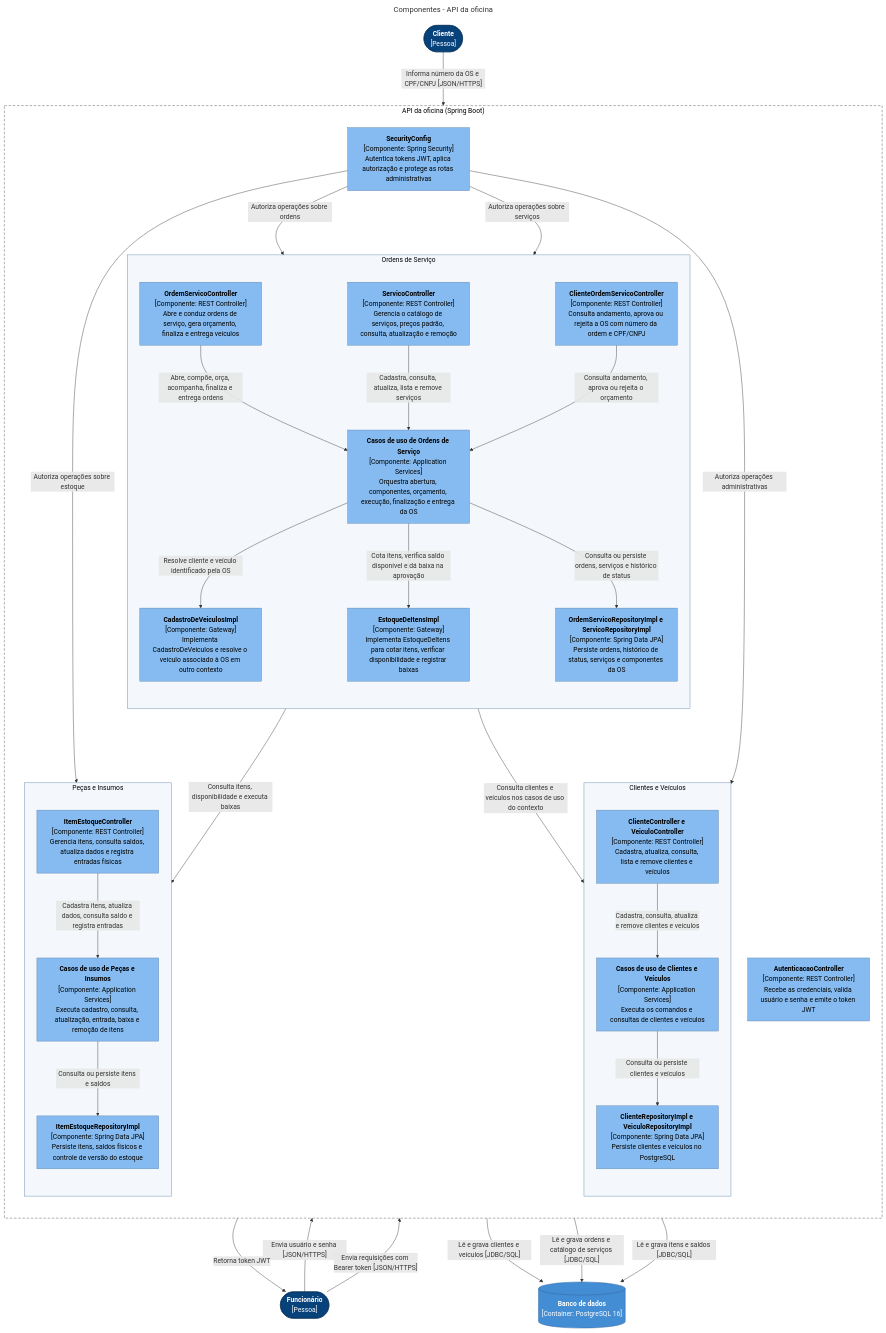
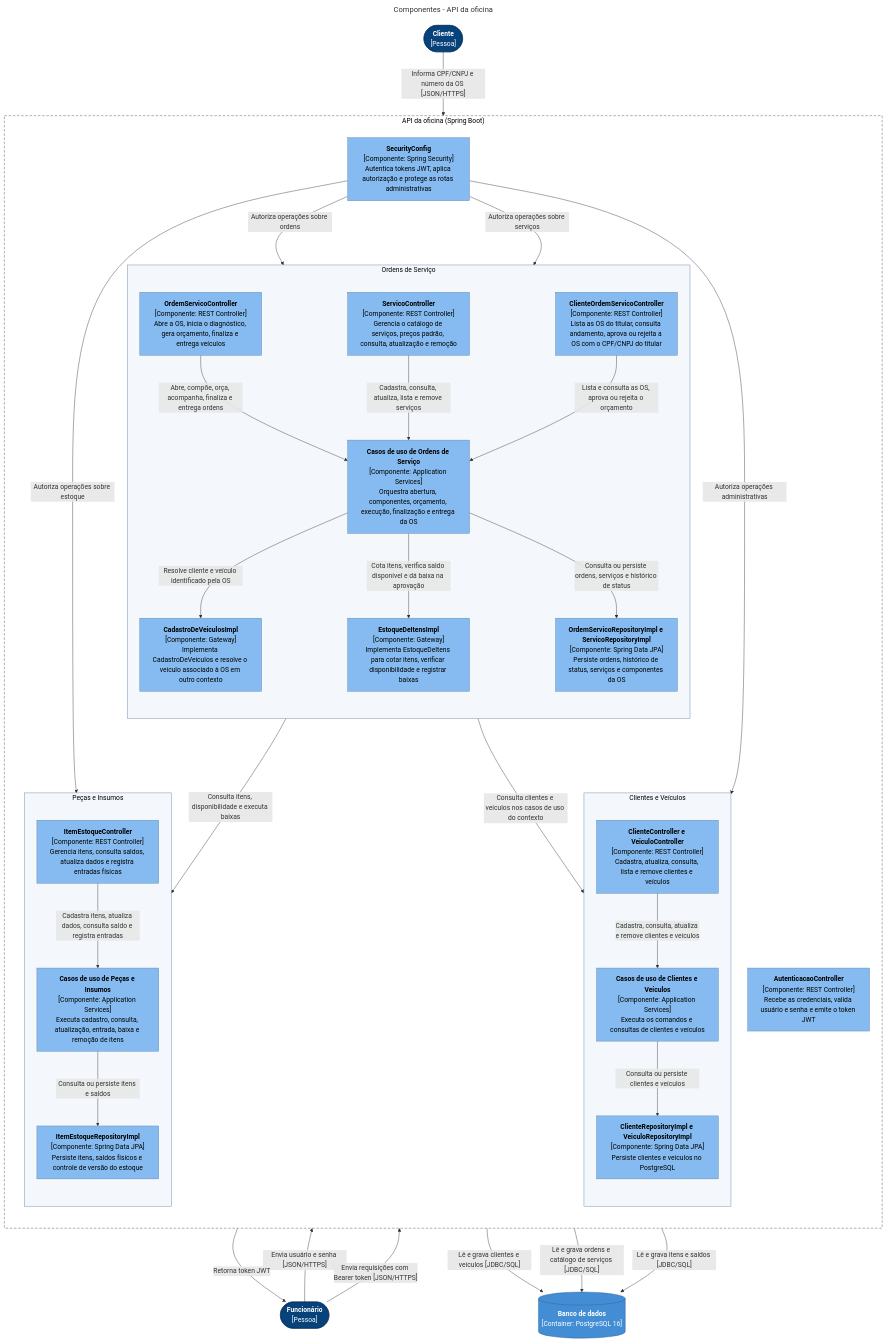
The diagram in docs/ddd/c4/modelo-componente-monolito.md (raffharah/tech-challenge-oficina), drawn with Mermaid before and after one commit. The commit also changed 9 other files, not shown here.

```diff
--- a/docs/ddd/c4/modelo-componente-monolito.md
+++ b/docs/ddd/c4/modelo-componente-monolito.md
@@ -30,9 +30,9 @@
 
         subgraph ctx_os["Ordens de Serviço"]
             direction TB
-            ctrl_os["<b>OrdemServicoController</b><br/>[Componente: REST Controller]<br/>Abre e conduz ordens de serviço, gera orçamento, finaliza e entrega veículos"]
+            ctrl_os["<b>OrdemServicoController</b><br/>[Componente: REST Controller]<br/>Abre a OS, inicia o diagnóstico, gera orçamento, finaliza e entrega veículos"]
             ctrl_servicos["<b>ServicoController</b><br/>[Componente: REST Controller]<br/>Gerencia o catálogo de serviços, preços padrão, consulta, atualização e remoção"]
-            ctrl_portal["<b>ClienteOrdemServicoController</b><br/>[Componente: REST Controller]<br/>Consulta andamento, aprova ou rejeita a OS com número da ordem e CPF/CNPJ"]
+            ctrl_portal["<b>ClienteOrdemServicoController</b><br/>[Componente: REST Controller]<br/>Lista as OS do titular, consulta andamento, aprova ou rejeita a OS com o CPF/CNPJ do titular"]
             uc_os["<b>Casos de uso de Ordens de Serviço</b><br/>[Componente: Application Services]<br/>Orquestra abertura, componentes, orçamento, execução, finalização e entrega da OS"]
             repo_os["<b>OrdemServicoRepositoryImpl e ServicoRepositoryImpl</b><br/>[Componente: Spring Data JPA]<br/>Persiste ordens, histórico de status, serviços e componentes da OS"]
             gw_veiculos["<b>CadastroDeVeiculosImpl</b><br/>[Componente: Gateway]<br/>Implementa CadastroDeVeiculos e resolve o veículo associado à OS em outro contexto"]
@@ -52,7 +52,7 @@
     funcionario -->|"Envia usuário e senha [JSON/HTTPS]"| auth
     auth -->|"Retorna token JWT"| funcionario
     funcionario -->|"Envia requisições com Bearer token [JSON/HTTPS]"| seguranca
-    cliente -->|"Informa número da OS e CPF/CNPJ [JSON/HTTPS]"| ctrl_portal
+    cliente -->|"Informa CPF/CNPJ e número da OS [JSON/HTTPS]"| ctrl_portal
 
     seguranca -->|"Autoriza operações administrativas"| ctrl_cliente
     seguranca -->|"Autoriza operações sobre ordens"| ctrl_os
@@ -62,7 +62,7 @@
     ctrl_cliente -->|"Cadastra, consulta, atualiza e remove clientes e veículos"| uc_cliente
     ctrl_os -->|"Abre, compõe, orça, acompanha, finaliza e entrega ordens"| uc_os
     ctrl_servicos -->|"Cadastra, consulta, atualiza, lista e remove serviços"| uc_os
-    ctrl_portal -->|"Consulta andamento, aprova ou rejeita o orçamento"| uc_os
+    ctrl_portal -->|"Lista e consulta as OS, aprova ou rejeita o orçamento"| uc_os
     ctrl_estoque -->|"Cadastra itens, atualiza dados, consulta saldo e registra entradas"| uc_estoque
 
     uc_os -->|"Resolve cliente e veículo identificado pela OS"| gw_veiculos
```
